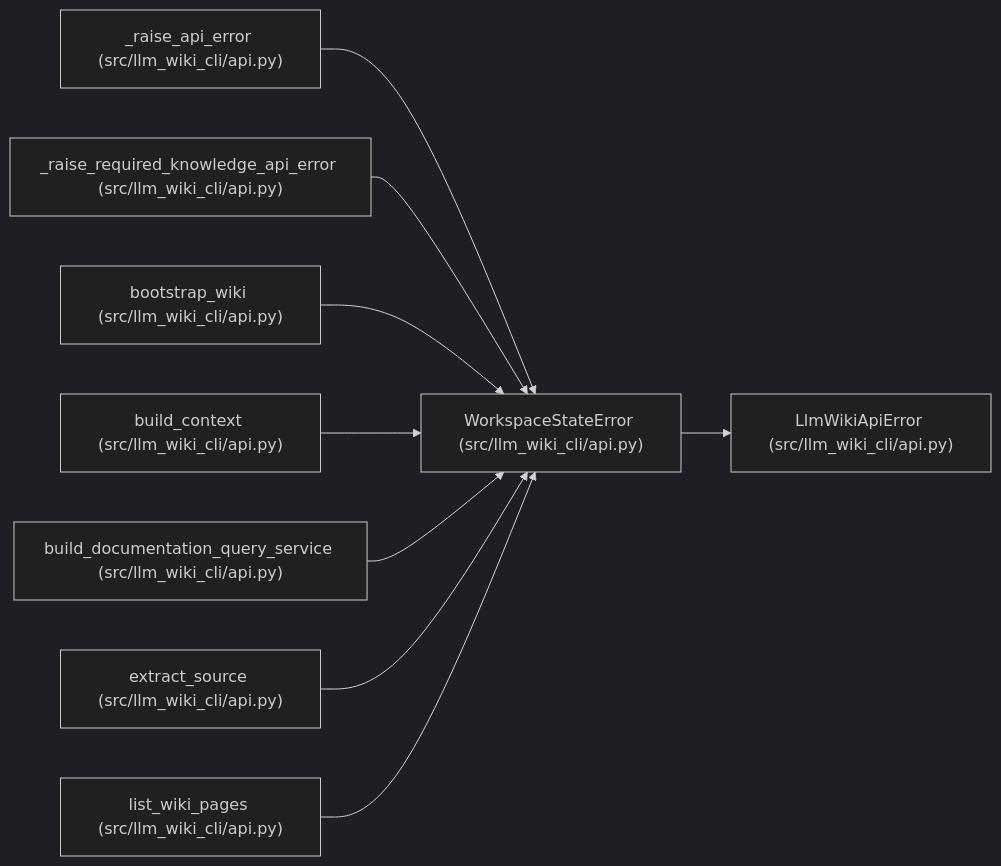
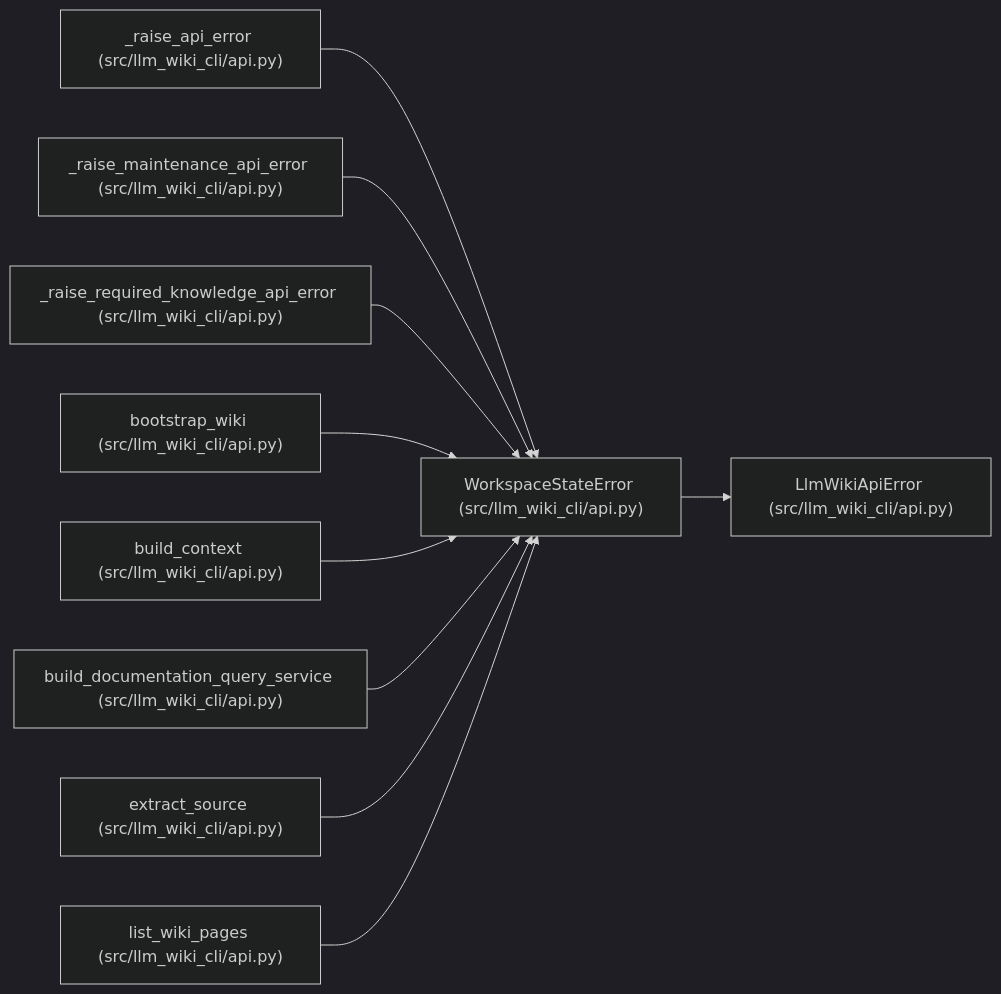
One commit to Denissvgn/python-wiki-llm changed the diagram in docs/llm_wiki/entities/WorkspaceStateError.md. Above: the diagram before and after it, drawn with Mermaid (dark theme). The commit also changed other lines of this file and 1410 other files, not shown here.

First line of the commit message:
Add source-grounded task guides and re-anchor the maintained wiki

````diff
--- a/docs/llm_wiki/entities/WorkspaceStateError.md
+++ b/docs/llm_wiki/entities/WorkspaceStateError.md
@@ -23,29 +23,32 @@
 ```mermaid
 flowchart LR
     n0["WorkspaceStateError (src/llm_wiki_cli/api.py)"]
     n1["LlmWikiApiError (src/llm_wiki_cli/api.py)"]
     n2["_raise_api_error (src/llm_wiki_cli/api.py)"]
-    n3["_raise_required_knowledge_api_error (src/llm_wiki_cli/api.py)"]
-    n4["bootstrap_wiki (src/llm_wiki_cli/api.py)"]
-    n5["build_context (src/llm_wiki_cli/api.py)"]
-    n6["build_documentation_query_service (src/llm_wiki_cli/api.py)"]
-    n7["extract_source (src/llm_wiki_cli/api.py)"]
-    n8["list_wiki_pages (src/llm_wiki_cli/api.py)"]
+    n3["_raise_maintenance_api_error (src/llm_wiki_cli/api.py)"]
+    n4["_raise_required_knowledge_api_error (src/llm_wiki_cli/api.py)"]
+    n5["bootstrap_wiki (src/llm_wiki_cli/api.py)"]
+    n6["build_context (src/llm_wiki_cli/api.py)"]
+    n7["build_documentation_query_service (src/llm_wiki_cli/api.py)"]
+    n8["extract_source (src/llm_wiki_cli/api.py)"]
+    n9["list_wiki_pages (src/llm_wiki_cli/api.py)"]
     n0 --> n1
     n2 --> n0
     n3 --> n0
     n4 --> n0
     n5 --> n0
     n6 --> n0
     n7 --> n0
     n8 --> n0
+    n9 --> n0
     click n0 "../modules/api.md"
     click n1 "../modules/api.md"
     click n2 "../modules/api.md"
     click n3 "../modules/api.md"
     click n4 "../modules/api.md"
     click n5 "../modules/api.md"
     click n6 "../modules/api.md"
     click n7 "../modules/api.md"
     click n8 "../modules/api.md"
+    click n9 "../modules/api.md"
 ```
````
